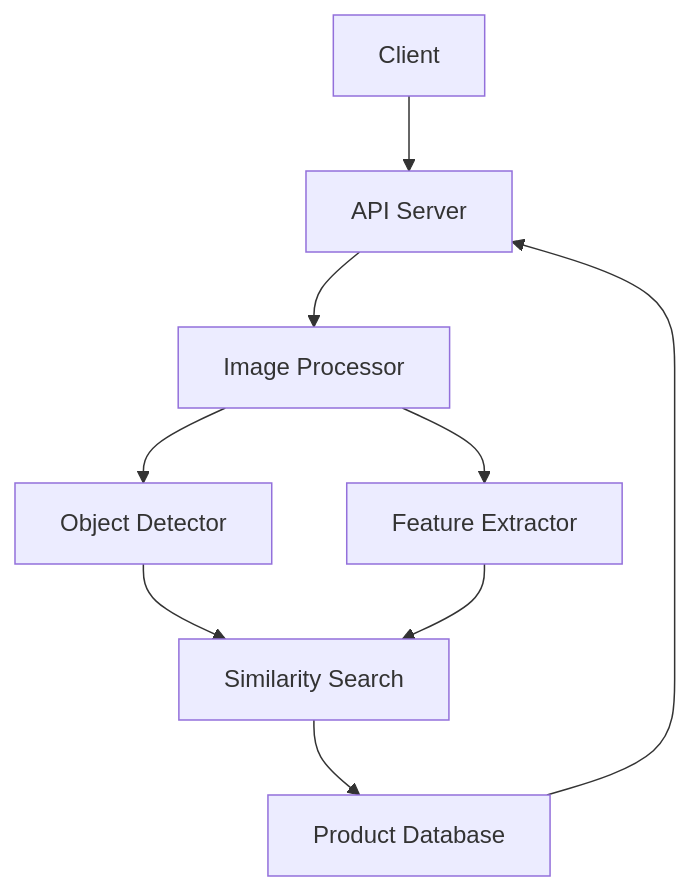
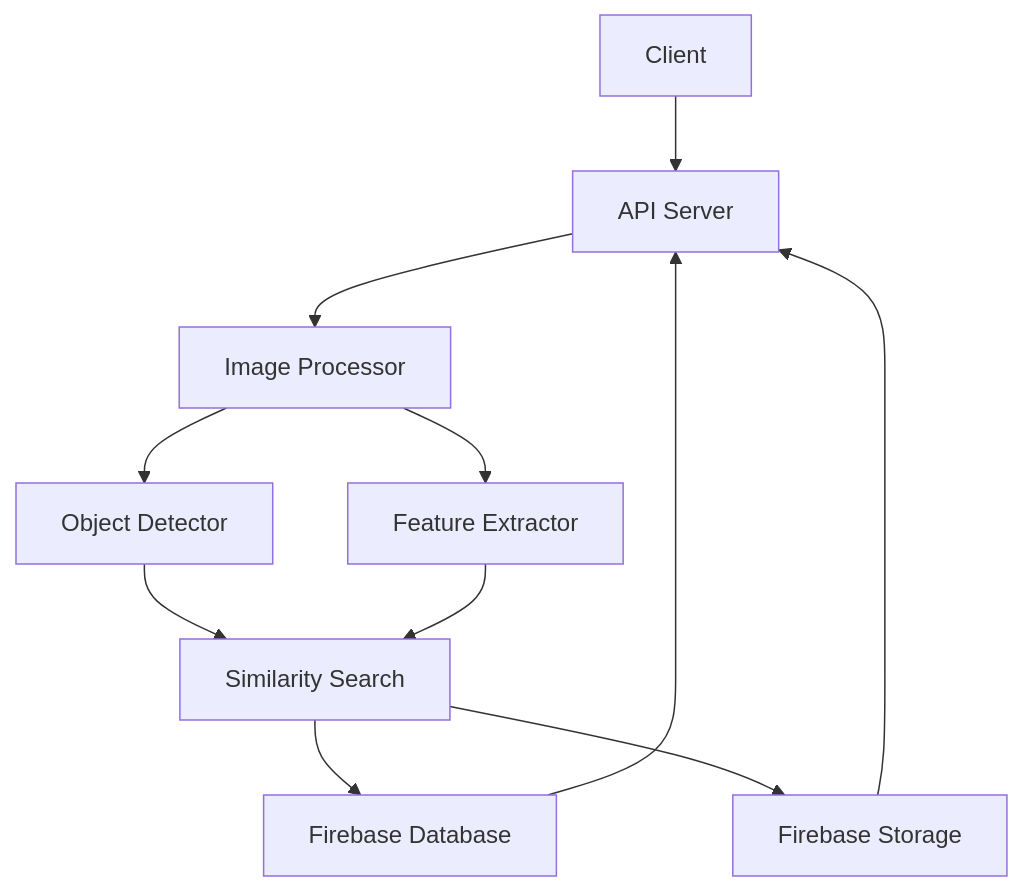
The diagram in .cursor/rules/systemPatterns.md (J3r3my97/self-mcp), drawn with Mermaid before and after one commit. The commit also changed other lines of this file and 3 other files, not shown here.

````diff
--- a/.cursor/rules/systemPatterns.md
+++ b/.cursor/rules/systemPatterns.md
@@ -6,11 +6,13 @@
 ```mermaid
 graph TD
     A[Client] --> B[API Server]
     B --> C[Image Processor]
     C --> D[Object Detector]
     C --> E[Feature Extractor]
     D --> F[Similarity Search]
     E --> F
-    F --> G[Product Database]
+    F --> G[Firebase Database]
+    F --> H[Firebase Storage]
     G --> B
+    H --> B
 ```
````
